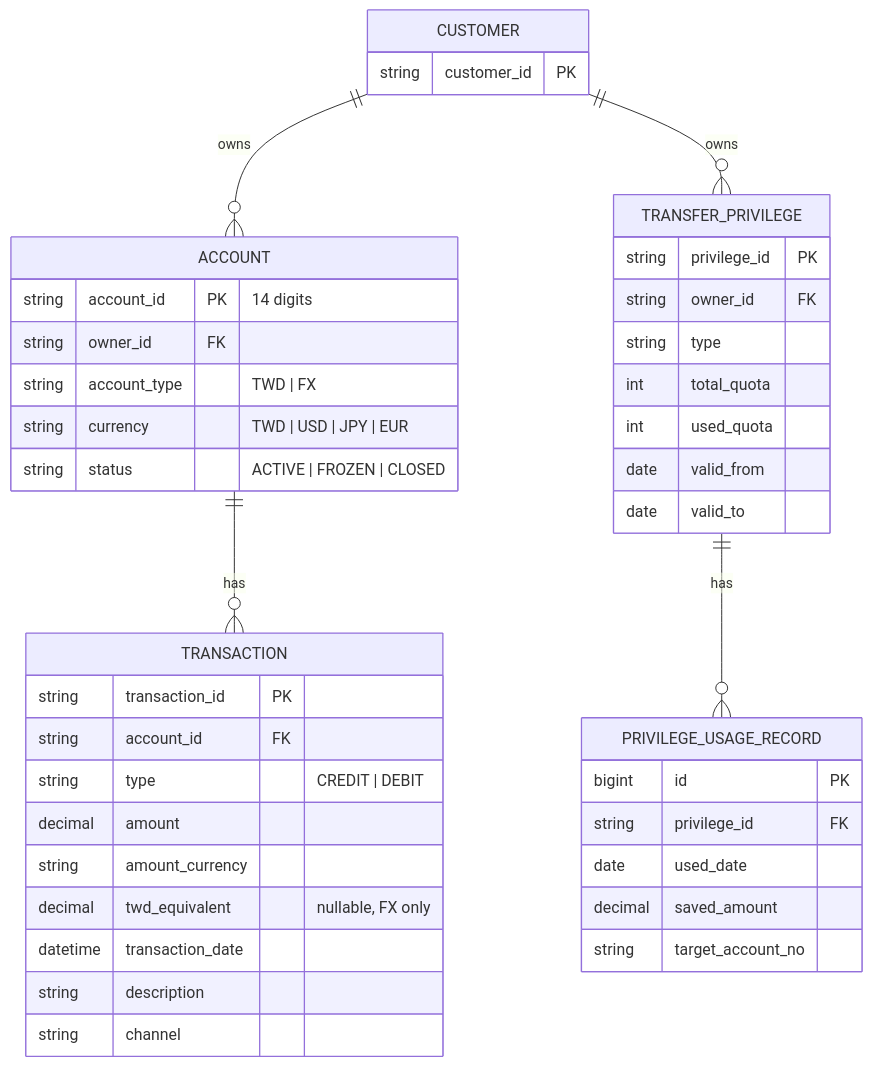
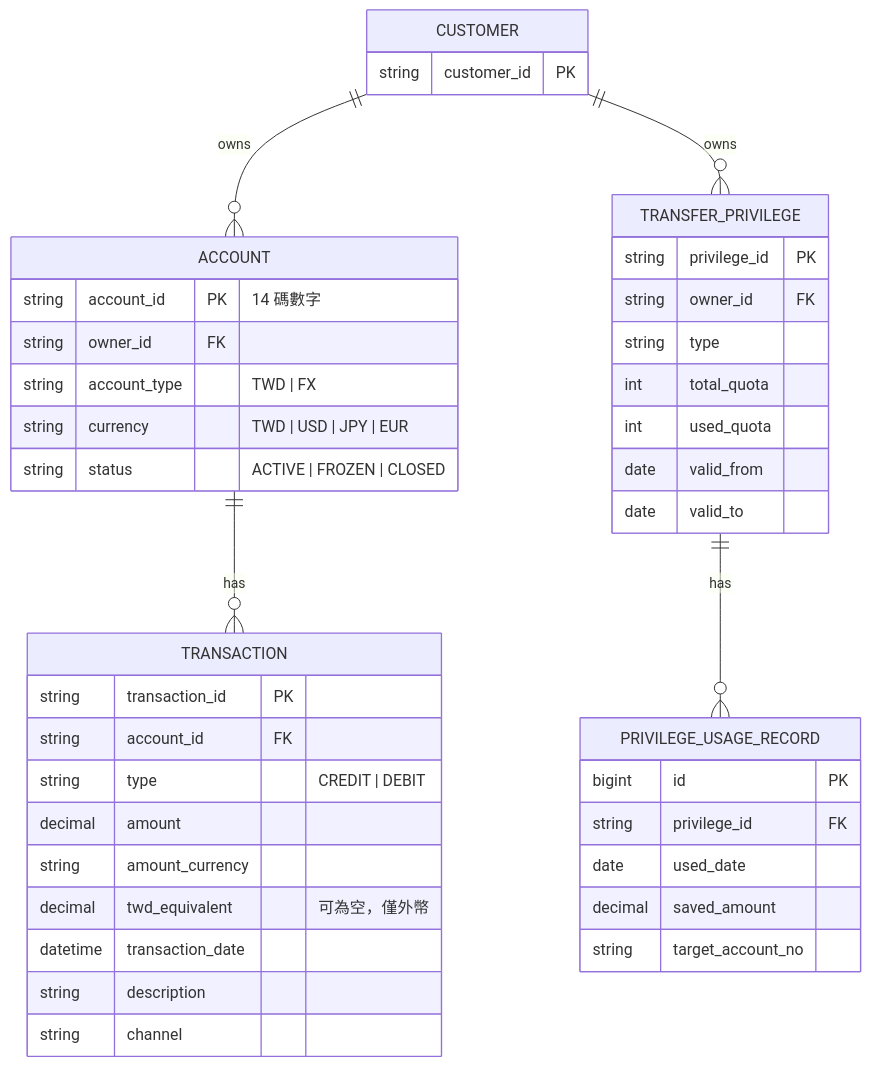
Before and after one commit to ChunPingWang/spring-boot-ddd-hexagonal-cqrs-tutorial: the fifth of 6 diagrams in README.md, drawn with Mermaid. The commit also changed other lines of this file, not shown here.

````diff
--- a/README.md
+++ b/README.md
@@ -333,45 +326,45 @@
 ```mermaid
 erDiagram
     CUSTOMER ||--o{ ACCOUNT : owns
     CUSTOMER ||--o{ TRANSFER_PRIVILEGE : owns
     ACCOUNT ||--o{ TRANSACTION : has
     TRANSFER_PRIVILEGE ||--o{ PRIVILEGE_USAGE_RECORD : has
 
     CUSTOMER {
         string customer_id PK
     }
     ACCOUNT {
-        string account_id PK "14 digits"
+        string account_id PK "14 碼數字"
         string owner_id FK
         string account_type "TWD | FX"
         string currency "TWD | USD | JPY | EUR"
         string status "ACTIVE | FROZEN | CLOSED"
     }
     TRANSACTION {
         string transaction_id PK
         string account_id FK
         string type "CREDIT | DEBIT"
         decimal amount
         string amount_currency
-        decimal twd_equivalent "nullable, FX only"
+        decimal twd_equivalent "可為空，僅外幣"
         datetime transaction_date
         string description
         string channel
     }
     TRANSFER_PRIVILEGE {
         string privilege_id PK
         string owner_id FK
         string type
         int total_quota
         int used_quota
         date valid_from
         date valid_to
     }
     PRIVILEGE_USAGE_RECORD {
         bigint id PK
         string privilege_id FK
         date used_date
         decimal saved_amount
         string target_account_no
     }
 ```
````
